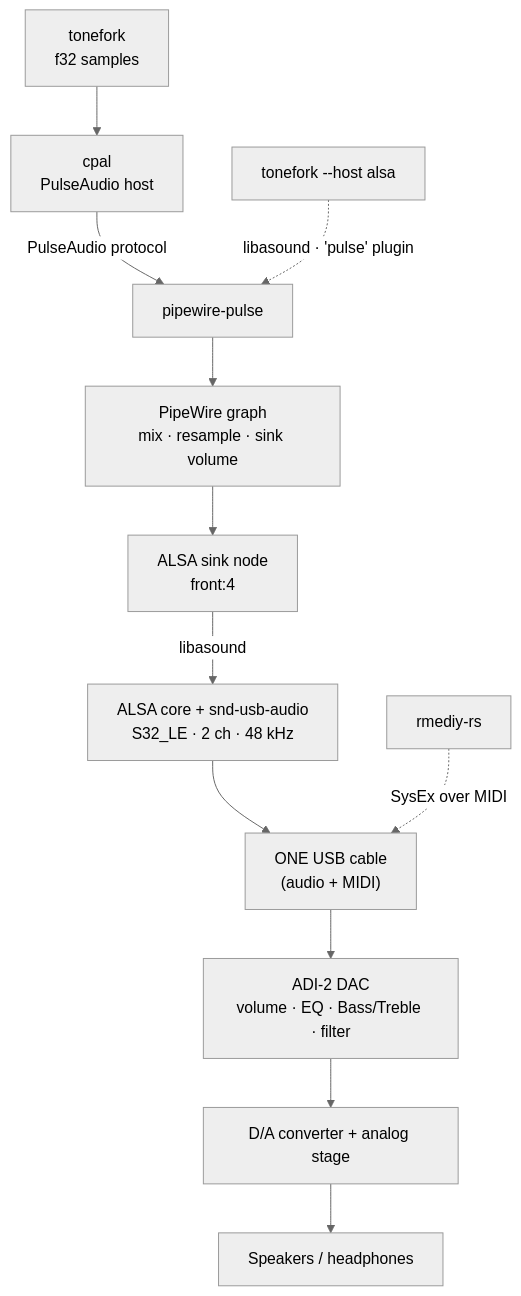
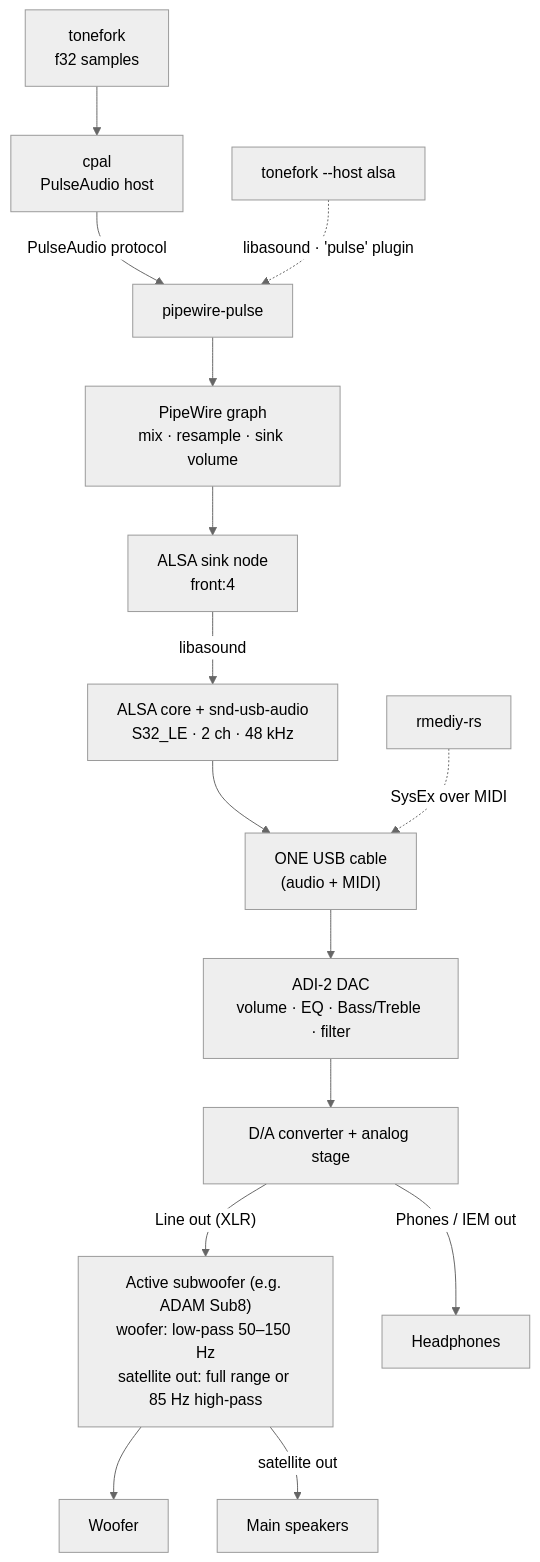
One commit to asyd/tonefork changed the diagram in docs/audio-path.md. Above: the diagram before and after it, drawn with Mermaid (neutral theme). The commit also changed other lines of this file and 2 other files, not shown here.

Commit message:
Docs: add an active-subwoofer example to the audio path (ADAM Sub8)

````diff
--- a/docs/audio-path.md
+++ b/docs/audio-path.md
@@ -10,15 +10,18 @@
 ```mermaid
 flowchart TD
     T[tonefork<br/>f32 samples] --> C[cpal<br/>PulseAudio host]
     C -->|PulseAudio protocol| P[pipewire-pulse]
     P --> G[PipeWire graph<br/>mix · resample · sink volume]
     G --> S[ALSA sink node<br/>front:4]
     S -->|libasound| K[ALSA core + snd-usb-audio<br/>S32_LE · 2 ch · 48 kHz]
     K --> U["ONE USB cable<br/>(audio + MIDI)"]
     U --> D[ADI-2 DAC<br/>volume · EQ · Bass/Treble · filter]
     D --> A[D/A converter + analog stage]
-    A --> O[Speakers / headphones]
+    A -->|"Line out (XLR)"| SUB["Active subwoofer (e.g. ADAM Sub8)<br/>woofer: low-pass 50–150 Hz<br/>satellite out: full range or 85 Hz high-pass"]
+    SUB --> WF[Woofer]
+    SUB -->|satellite out| SAT[Main speakers]
+    A -->|"Phones / IEM out"| HP[Headphones]
 
     R[rmediy-rs] -. "SysEx over MIDI" .-> U
     T2[tonefork --host alsa] -. "libasound · 'pulse' plugin" .-> P
 ```
````
